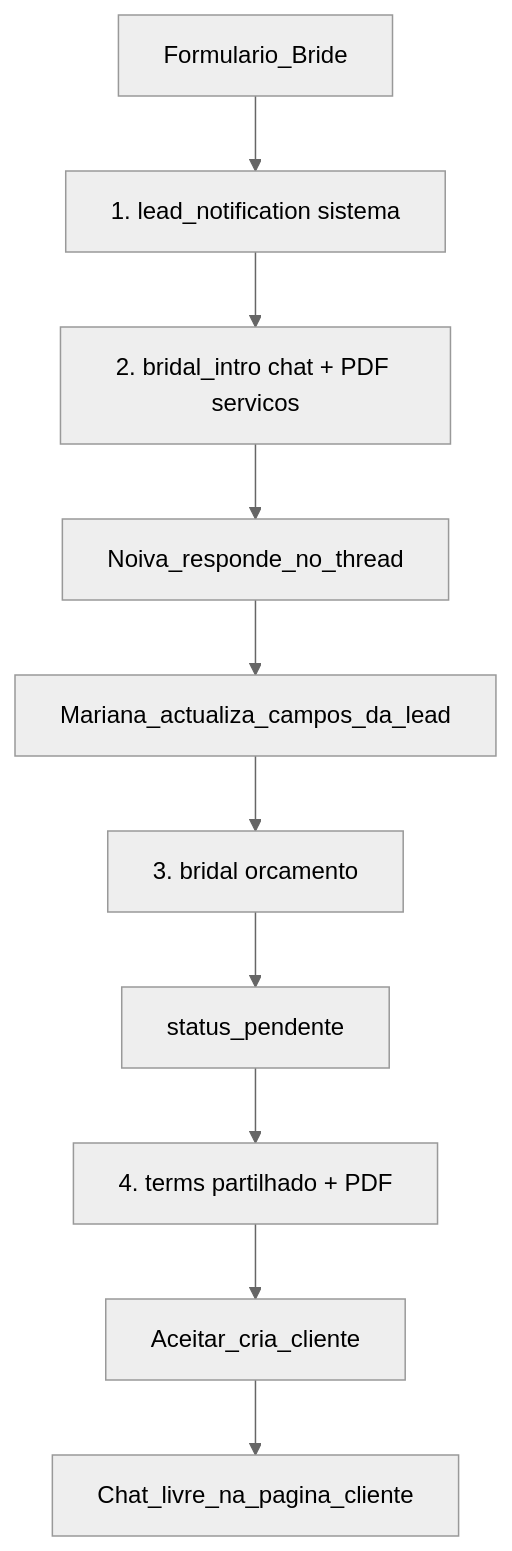
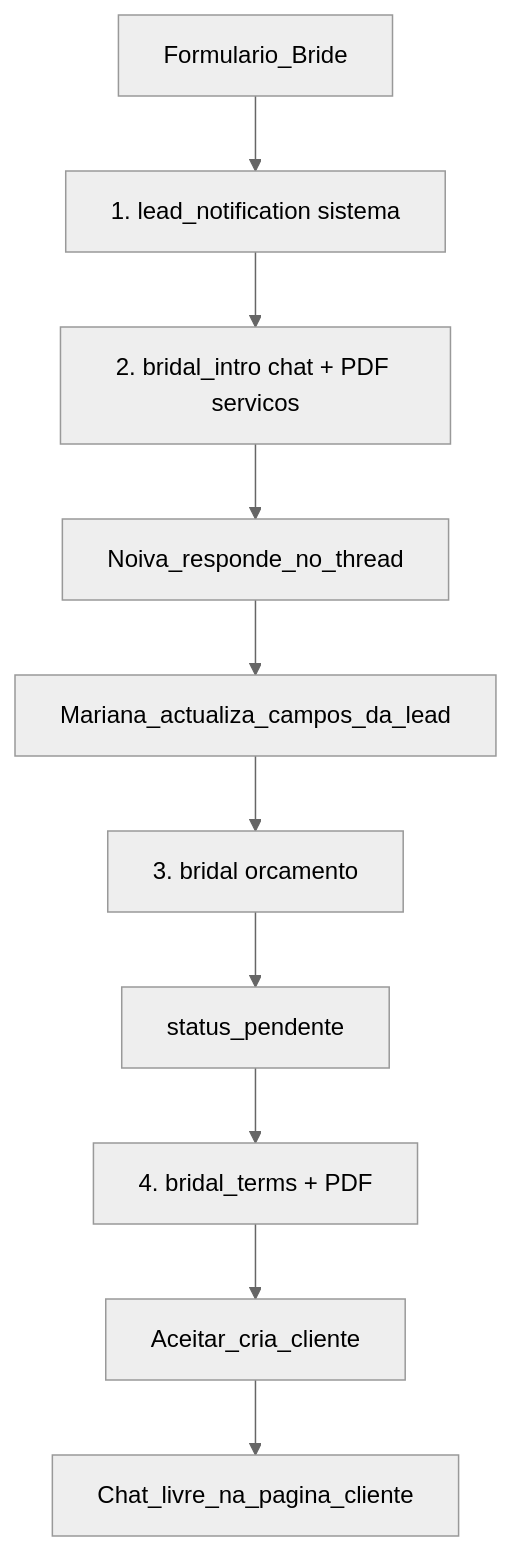
Before and after one commit to jaimevidex/miana: the second of 4 diagrams in docs/EMAIL-FLOWS.md, drawn with Mermaid (neutral theme). The commit also changed other lines of this file and 23 other files, not shown here.

````diff
--- a/docs/EMAIL-FLOWS.md
+++ b/docs/EMAIL-FLOWS.md
@@ -64,13 +57,13 @@
 ```mermaid
 flowchart TD
   submit[Formulario_Bride]
   submit --> notif["1. lead_notification sistema"]
   notif --> intro["2. bridal_intro chat + PDF servicos"]
   intro --> reply[Noiva_responde_no_thread]
   reply --> enrich[Mariana_actualiza_campos_da_lead]
   enrich --> quote["3. bridal orcamento"]
   quote --> pendente[status_pendente]
-  pendente --> terms["4. terms partilhado + PDF"]
+  pendente --> terms["4. bridal_terms + PDF"]
   terms --> accept[Aceitar_cria_cliente]
   accept --> chat[Chat_livre_na_pagina_cliente]
 ```
````
